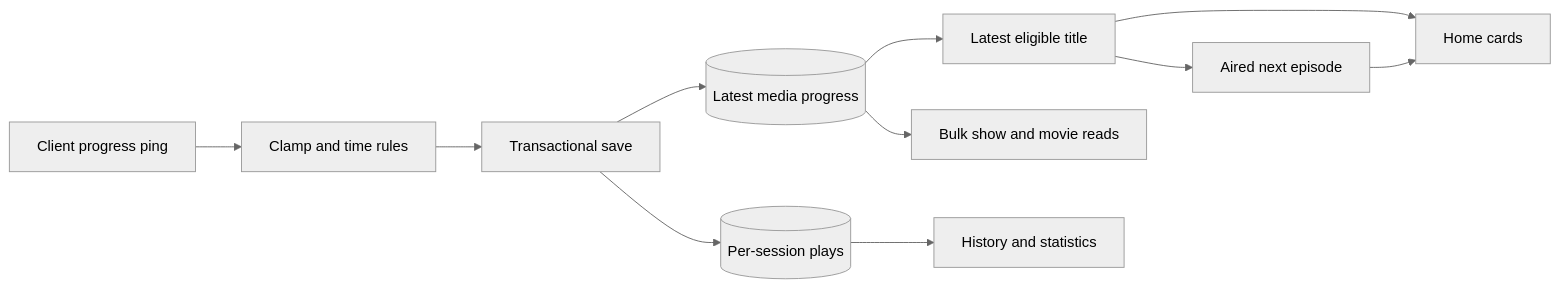
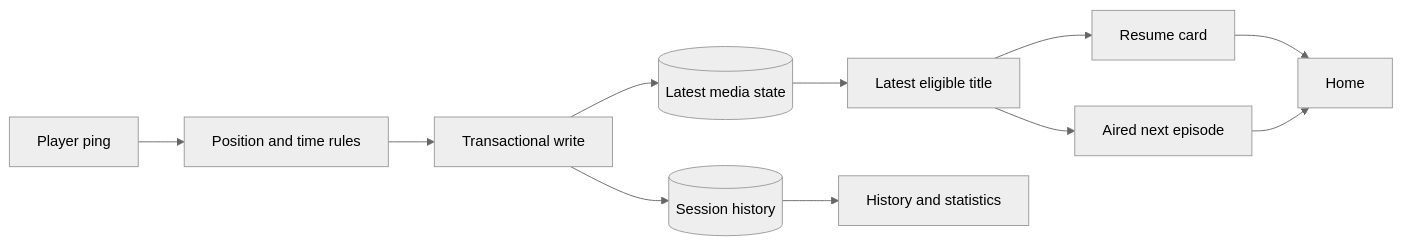
One commit to VeroxAUS/homestream changed the diagram in droid-wiki/features/viewing-progress.md. Above: the diagram before and after it, drawn with Mermaid (neutral theme). The commit also changed other lines of this file and 57 other files, not shown here.

````diff
--- a/droid-wiki/features/viewing-progress.md
+++ b/droid-wiki/features/viewing-progress.md
@@ -53,13 +37,13 @@
 ```mermaid
 graph LR
-    Ping[Client progress ping] --> Rules[Clamp and time rules]
-    Rules --> Transaction[Transactional save]
-    Transaction --> Progress[(Latest media progress)]
-    Transaction --> Plays[(Per-session plays)]
-    Progress --> Continue[Latest eligible title]
-    Continue --> Next[Aired next episode]
-    Progress --> Details[Bulk show and movie reads]
-    Plays --> History[History and statistics]
-    Continue --> Home[Home cards]
+    Ping[Player ping] --> Rules[Position and time rules]
+    Rules --> Save[Transactional write]
+    Save --> Progress[(Latest media state)]
+    Save --> Plays[(Session history)]
+    Progress --> Group[Latest eligible title]
+    Group --> Resume[Resume card]
+    Group --> Next[Aired next episode]
+    Resume --> Home
     Next --> Home
+    Plays --> Stats[History and statistics]
 ```
````
